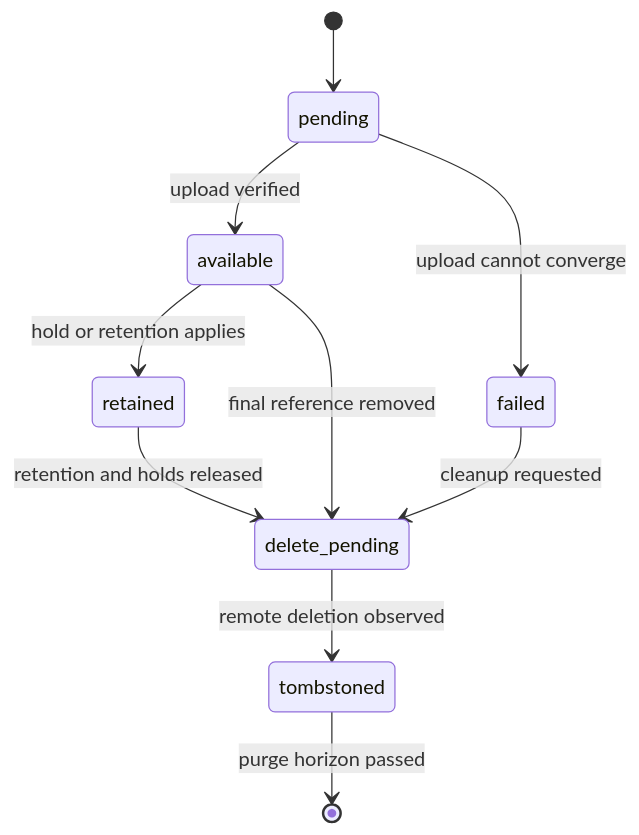
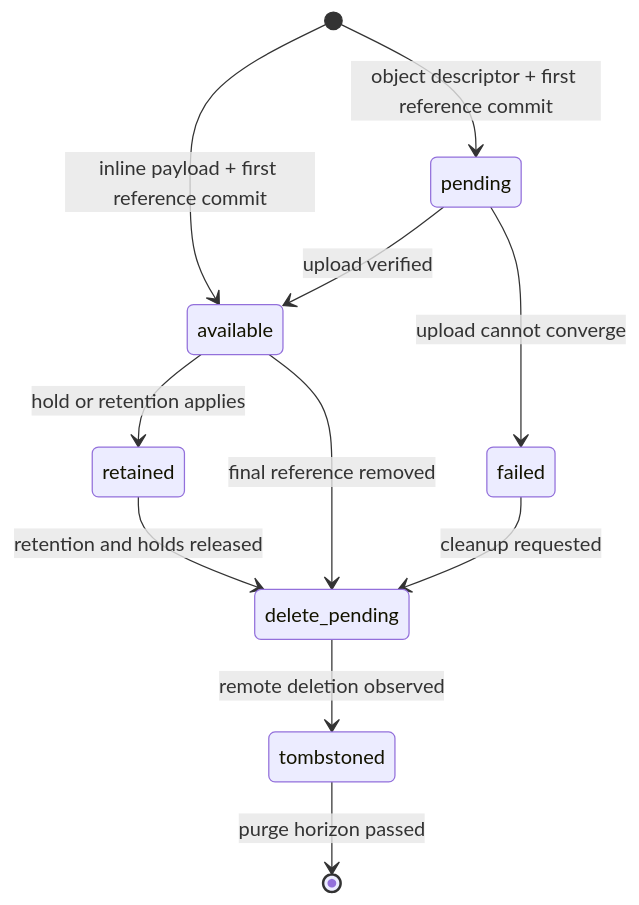
Before and after one commit to eneo-ai/eneo: the second of 3 diagrams in frontend/apps/docs-site/src/content/docs/object-content-architecture.mdx, drawn with Mermaid. The commit also changed other lines of this file and 15 other files, not shown here.

First line of the commit message:
chore(object-content): make reference storage opt-in

````diff
--- a/frontend/apps/docs-site/src/content/docs/object-content-architecture.mdx
+++ b/frontend/apps/docs-site/src/content/docs/object-content-architecture.mdx
@@ -56,12 +61,13 @@
 ```mermaid
 stateDiagram-v2
-  [*] --> pending
+  [*] --> available: inline payload + first reference commit
+  [*] --> pending: object descriptor + first reference commit
   pending --> available: upload verified
   pending --> failed: upload cannot converge
   available --> retained: hold or retention applies
   available --> delete_pending: final reference removed
   failed --> delete_pending: cleanup requested
   retained --> delete_pending: retention and holds released
   delete_pending --> tombstoned: remote deletion observed
   tombstoned --> [*]: purge horizon passed
 ```
````
